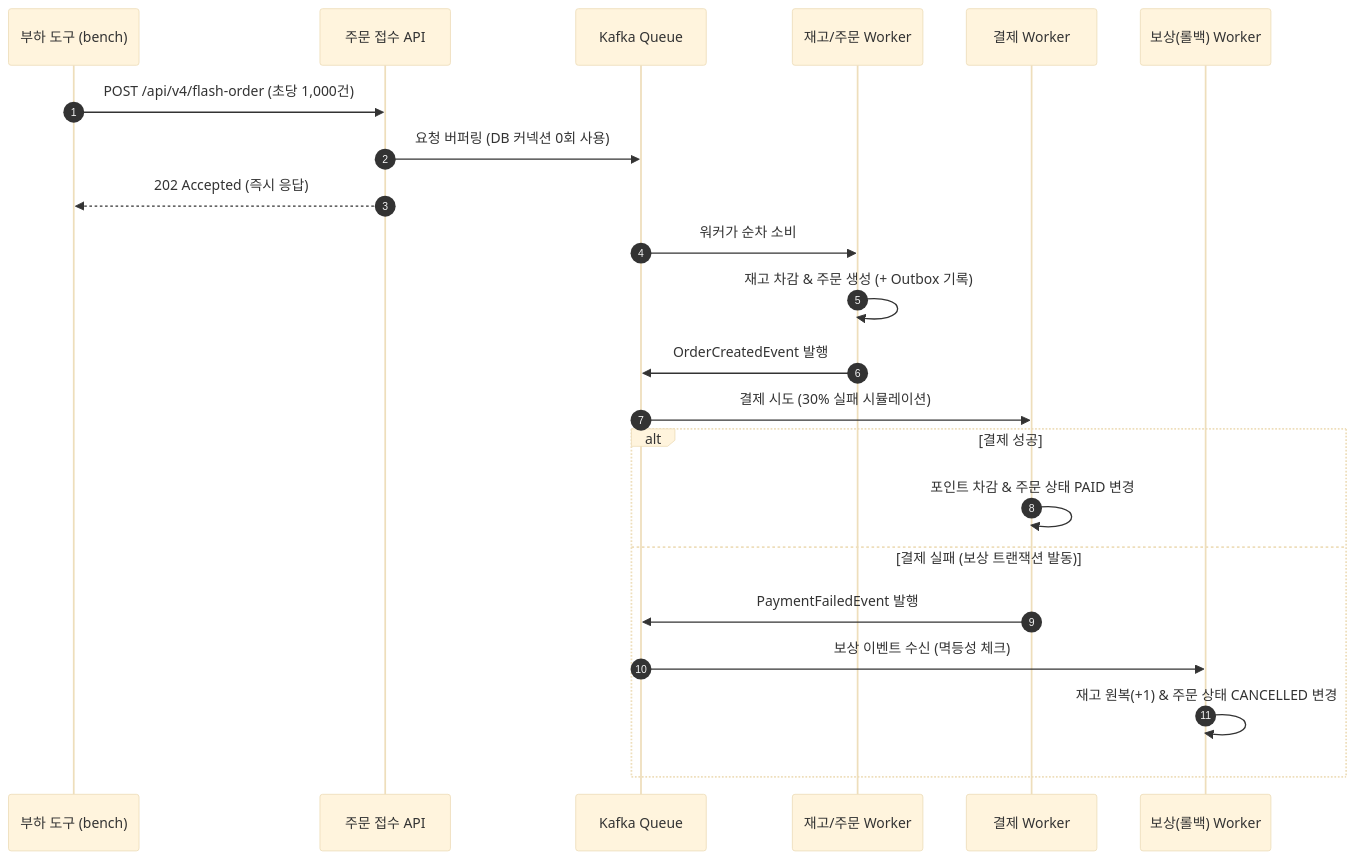
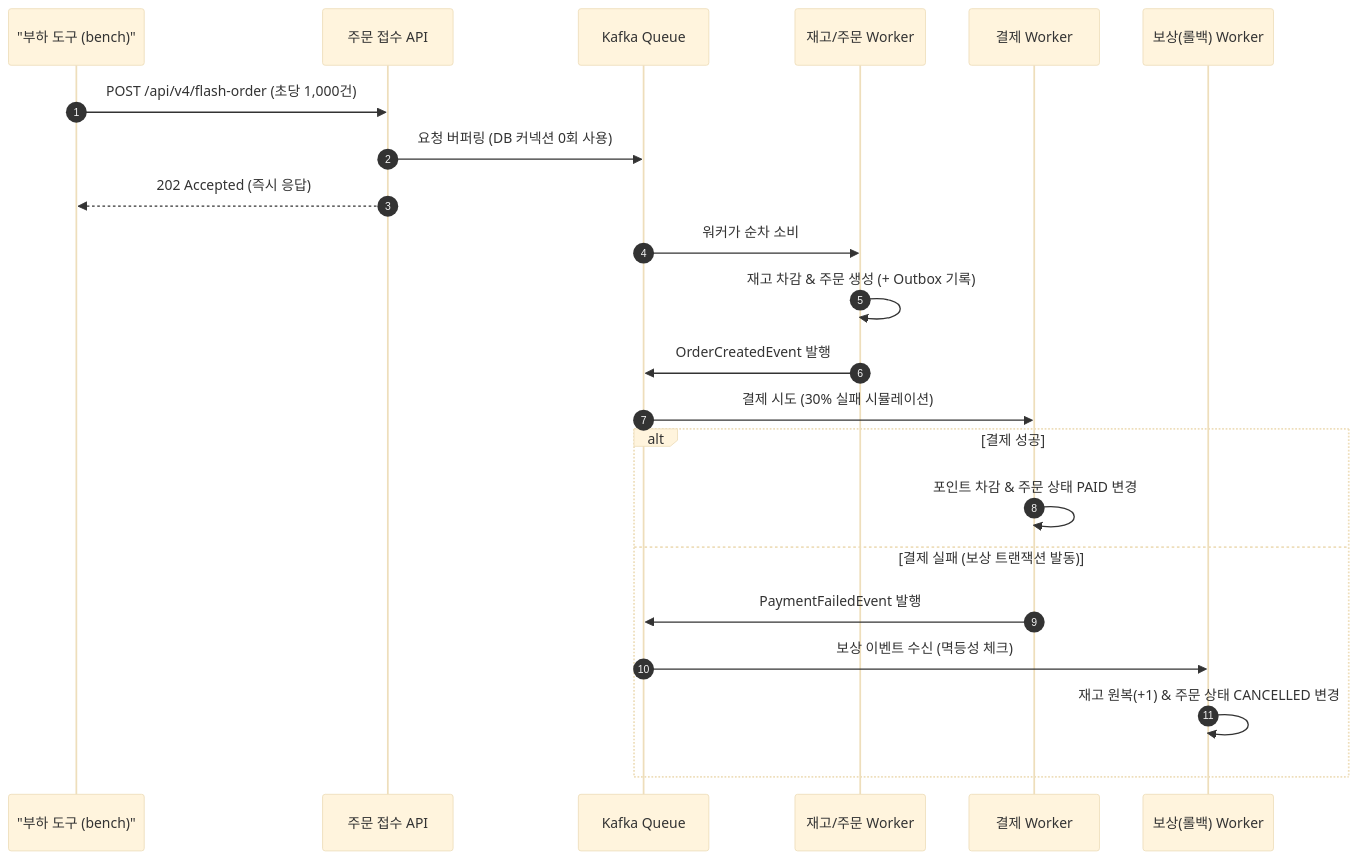
Before and after one commit to awj1052/distributed-lab: the second of 2 diagrams in PLAN.md, drawn with Mermaid (base theme). The commit also changed other lines of this file, not shown here.

Commit message:
fix(docs): quote mermaid edge labels and participant alias with parentheses in PLAN.md

````diff
--- a/PLAN.md
+++ b/PLAN.md
@@ -161,27 +161,27 @@
 ```mermaid
 sequenceDiagram
     autonumber
-    participant Client as 부하 도구 (bench)
+    participant Client as "부하 도구 (bench)"
     participant API as 주문 접수 API
     participant Kafka as Kafka Queue
     participant StockW as 재고/주문 Worker
     participant PayW as 결제 Worker
     participant CompW as 보상(롤백) Worker
 
     Client->>API: POST /api/v4/flash-order (초당 1,000건)
     API->>Kafka: 요청 버퍼링 (DB 커넥션 0회 사용)
     API-->>Client: 202 Accepted (즉시 응답)
 
     Kafka->>StockW: 워커가 순차 소비
     StockW->>StockW: 재고 차감 & 주문 생성 (+ Outbox 기록)
     StockW->>Kafka: OrderCreatedEvent 발행
 
     Kafka->>PayW: 결제 시도 (30% 실패 시뮬레이션)
     alt 결제 성공
         PayW->>PayW: 포인트 차감 & 주문 상태 PAID 변경
     else 결제 실패 (보상 트랜잭션 발동)
         PayW->>Kafka: PaymentFailedEvent 발행
         Kafka->>CompW: 보상 이벤트 수신 (멱등성 체크)
         CompW->>CompW: 재고 원복(+1) & 주문 상태 CANCELLED 변경
     end
 ```
````
